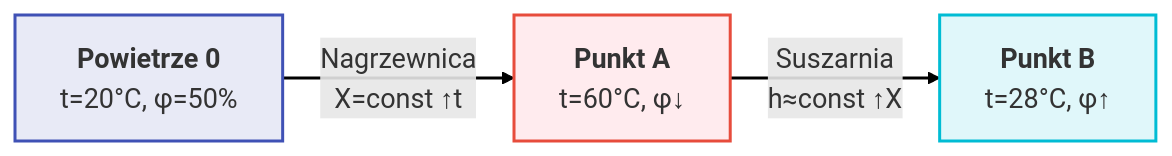
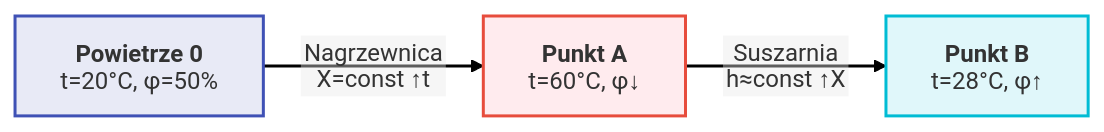
One commit to moondec/Termodynamika changed the first of 2 diagrams in Wyklady/12_Powietrze_Wilgotne.qmd. Above: the diagram before and after it, drawn with Mermaid. The commit also changed other lines of this file and 84 other files, not shown here.

First line of the commit message:
Wykłady: diagramy mermaid bez ucinania i dopasowane do slajdów

````diff
--- a/Wyklady/12_Powietrze_Wilgotne.qmd
+++ b/Wyklady/12_Powietrze_Wilgotne.qmd
@@ -961,15 +962,16 @@
 ```{mermaid}
 %%| fig-align: center
-%%| fig-width: 10
-%%| fig-height: 1
 
-%%{init: {'theme': 'default', 'flowchart': { 'useMaxWidth': false, 'htmlLabels': true }, 'themeVariables': { 'fontSize': '18px', 'fontFamily': 'sans-serif' }}}%%
+%%{init: {'theme': 'default', 'flowchart': {'htmlLabels': false, 'wrappingWidth': 400, 'subGraphTitleMargin': {'top': 6, 'bottom': 16}}, 'themeVariables': {'fontSize': '16px', 'fontFamily': 'Arial, Helvetica, sans-serif'}, 'htmlLabels': false}}%%
 flowchart LR
-    P0["<b>Powietrze 0</b><br>t=20°C, φ=50%"] -->|"Nagrzewnica<br>X=const ↑t"| PA["<b>Punkt A</b><br>t=60°C, φ↓"]
-    PA -->|"Suszarnia<br>h≈const ↑X"| PB["<b>Punkt B</b><br>t=28°C, φ↑"]
+    P0["`**Powietrze 0**
+t=20°C, φ=50%`"] -->|"Nagrzewnica<br>X=const ↑t"| PA["`**Punkt A**
+t=60°C, φ↓`"]
+    PA -->|"Suszarnia<br>h≈const ↑X"| PB["`**Punkt B**
+t=28°C, φ↑`"]
     
     style P0 fill:#e8eaf6,stroke:#3f51b5,stroke-width:2px
     style PA fill:#ffebee,stroke:#e74c3c,stroke-width:2px
     style PB fill:#e0f7fa,stroke:#00bcd4,stroke-width:2px
     linkStyle default stroke-width:2px,fill:none,stroke:black
 ```
````
